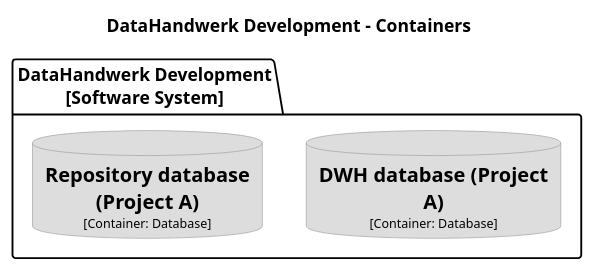
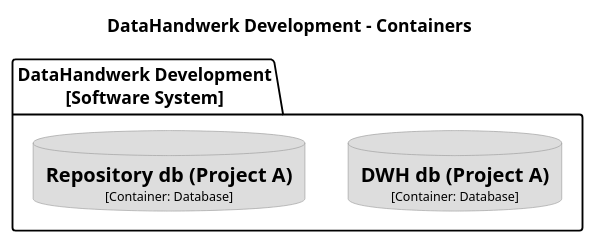
Before and after one commit to DataHandwerk/DataHandwerk-toolkit-mssql: the diagram in docs/src/c4_dsl/puml/structurizr-DataHandwerkDevelopment-Container.puml, drawn with PlantUML. The commit also changed 36 other files, not shown here.

Commit message:
structurizr diagrams used in documentation

```diff
--- a/docs/src/c4_dsl/puml/structurizr-DataHandwerkDevelopment-Container.puml
+++ b/docs/src/c4_dsl/puml/structurizr-DataHandwerkDevelopment-Container.puml
@@ -1,27 +1,27 @@
 @startuml(id=DataHandwerkDevelopment-Container)
 title DataHandwerk Development - Containers
 
 skinparam {
   shadowing false
   arrowFontSize 10
   defaultTextAlignment center
   wrapWidth 200
   maxMessageSize 100
 }
 hide stereotype
 top to bottom direction
-skinparam database<<3>> {
+skinparam database<<25>> {
   BackgroundColor #dddddd
   FontColor #000000
   BorderColor #9A9A9A
 }
-skinparam database<<4>> {
+skinparam database<<26>> {
   BackgroundColor #dddddd
   FontColor #000000
   BorderColor #9A9A9A
 }
 package "DataHandwerk Development\n[Software System]" {
-  database "==DWH database (Project A)\n<size:10>[Container: Database]</size>" <<4>> as 4
-  database "==Repository database (Project A)\n<size:10>[Container: Database]</size>" <<3>> as 3
+  database "==DWH db (Project A)\n<size:10>[Container: Database]</size>" <<26>> as 26
+  database "==Repository db (Project A)\n<size:10>[Container: Database]</size>" <<25>> as 25
 }
 @enduml
```
